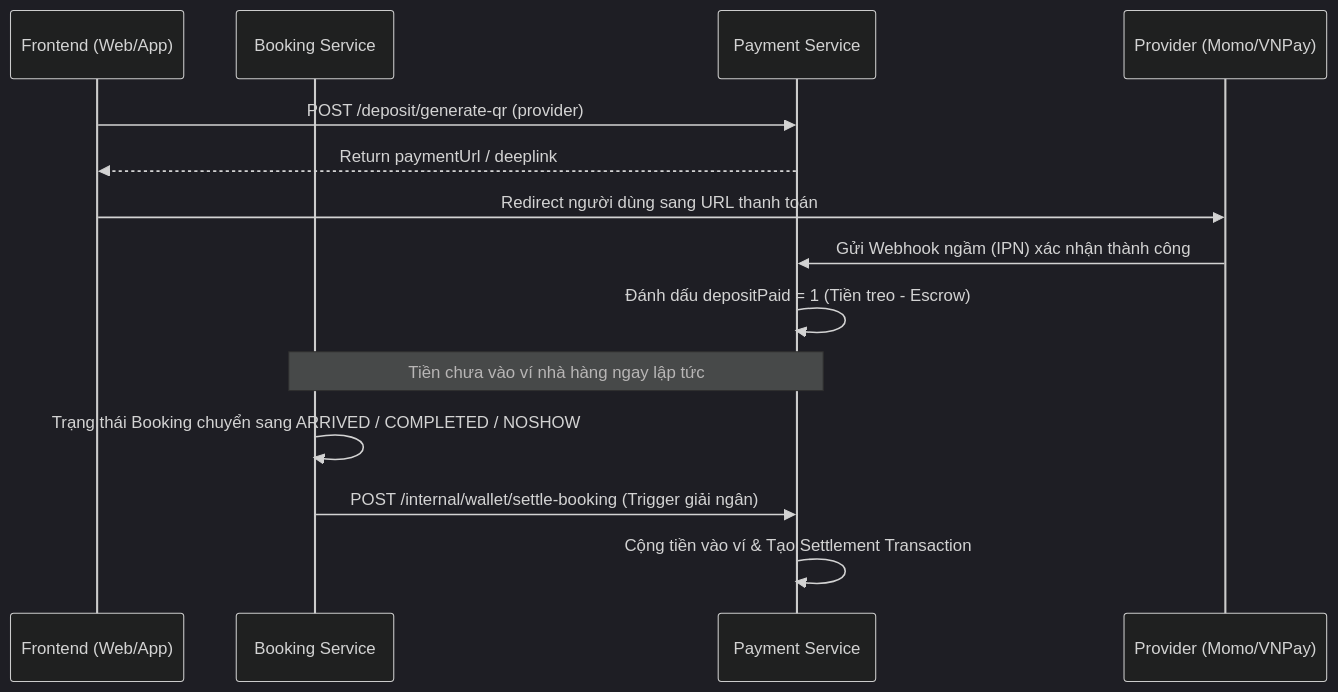
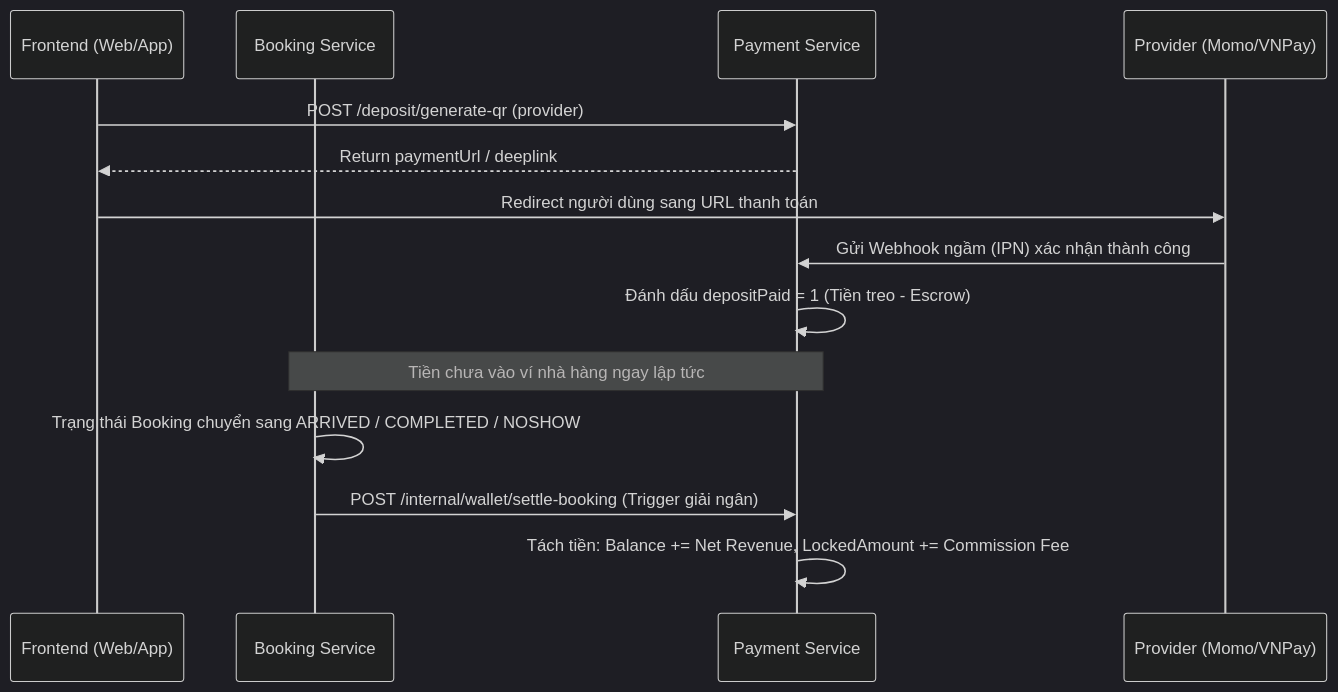
One commit to hoangvhgch220975/SeatNow changed the first of 2 diagrams in frontend_api_reference.md. Above: the diagram before and after it, drawn with Mermaid (dark theme). The commit also changed other lines of this file and 9 other files, not shown here.

Commit message:
feat(commission): implement auto commission collection and wallet locked amount partition

````diff
--- a/frontend_api_reference.md
+++ b/frontend_api_reference.md
@@ -958,19 +959,19 @@
 ```mermaid
 sequenceDiagram
     participant FE as Frontend (Web/App)
     participant BE_BK as Booking Service
     participant BE_PY as Payment Service
     participant PV as Provider (Momo/VNPay)
 
     FE->>BE_PY: POST /deposit/generate-qr (provider)
     BE_PY-->>FE: Return paymentUrl / deeplink
     FE->>PV: Redirect người dùng sang URL thanh toán
     PV->>BE_PY: Gửi Webhook ngầm (IPN) xác nhận thành công
     BE_PY->>BE_PY: Đánh dấu depositPaid = 1 (Tiền treo - Escrow)
     
     Note over BE_BK, BE_PY: Tiền chưa vào ví nhà hàng ngay lập tức
     
     BE_BK->>BE_BK: Trạng thái Booking chuyển sang ARRIVED / COMPLETED / NOSHOW
     BE_BK->>BE_PY: POST /internal/wallet/settle-booking (Trigger giải ngân)
-    BE_PY->>BE_PY: Cộng tiền vào ví & Tạo Settlement Transaction
+    BE_PY->>BE_PY: Tách tiền: Balance += Net Revenue, LockedAmount += Commission Fee
 ```
````
